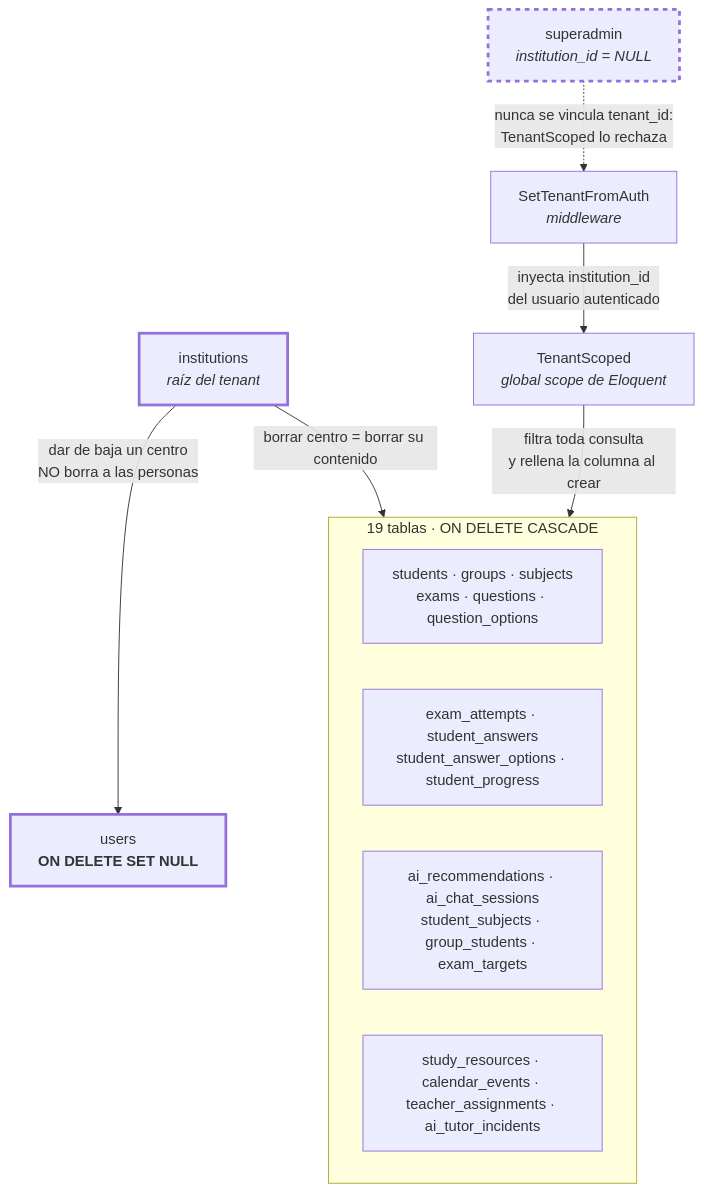
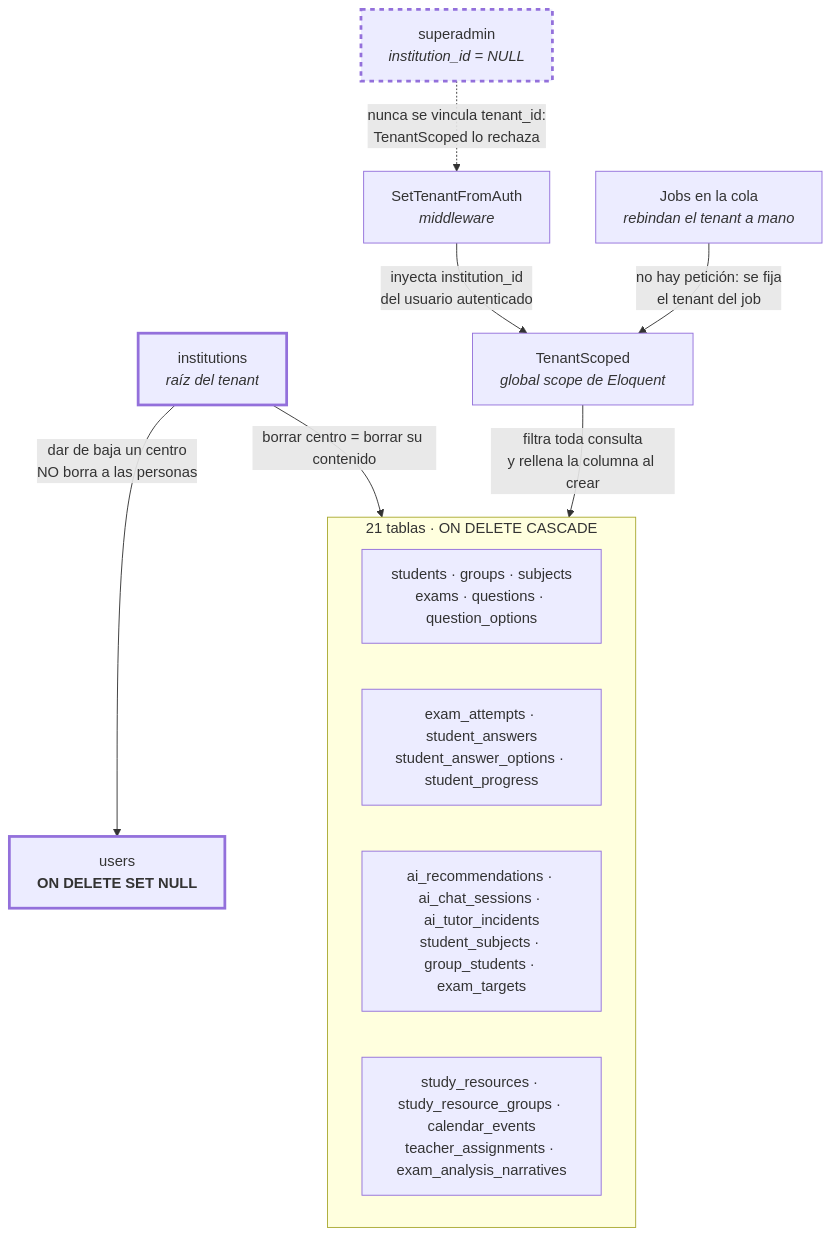
One commit to Infil505/NeoEduCore-Back changed the fifth of 19 diagrams in docs/DIAGRAMAS.md. Above: the diagram before and after it, drawn with Mermaid. The commit also changed other lines of this file and 25 other files, not shown here.

````diff
--- a/docs/DIAGRAMAS.md
+++ b/docs/DIAGRAMAS.md
@@ -415,30 +439,32 @@
 ```mermaid
 flowchart TB
     INST["institutions<br/><i>raíz del tenant</i>"]
 
-    subgraph CASCADE["19 tablas · ON DELETE CASCADE"]
+    subgraph CASCADE["21 tablas · ON DELETE CASCADE"]
         direction LR
         A["students · groups · subjects<br/>exams · questions · question_options"]
         B["exam_attempts · student_answers<br/>student_answer_options · student_progress"]
-        C["ai_recommendations · ai_chat_sessions<br/>student_subjects · group_students · exam_targets"]
-        D["study_resources · calendar_events · teacher_assignments · ai_tutor_incidents"]
+        C["ai_recommendations · ai_chat_sessions · ai_tutor_incidents<br/>student_subjects · group_students · exam_targets"]
+        D["study_resources · study_resource_groups · calendar_events<br/>teacher_assignments · exam_analysis_narratives"]
     end
 
     SETNULL["users<br/><b>ON DELETE SET NULL</b>"]
 
     INST -->|"borrar centro = borrar su contenido"| CASCADE
     INST -->|"dar de baja un centro<br/>NO borra a las personas"| SETNULL
 
     SCOPE["TenantScoped<br/><i>global scope de Eloquent</i>"]
     MW["SetTenantFromAuth<br/><i>middleware</i>"]
+    JOB["Jobs en la cola<br/><i>rebindan el tenant a mano</i>"]
 
     MW -->|"inyecta institution_id<br/>del usuario autenticado"| SCOPE
+    JOB -->|"no hay petición: se fija<br/>el tenant del job"| SCOPE
     SCOPE -->|"filtra toda consulta<br/>y rellena la columna al crear"| CASCADE
 
     SUPER["superadmin<br/><i>institution_id = NULL</i>"]
     SUPER -.->|"nunca se vincula tenant_id:<br/>TenantScoped lo rechaza"| MW
 
     style SETNULL stroke-width:3px
     style INST stroke-width:3px
     style SUPER stroke-width:3px,stroke-dasharray: 5 5
 ```
````
